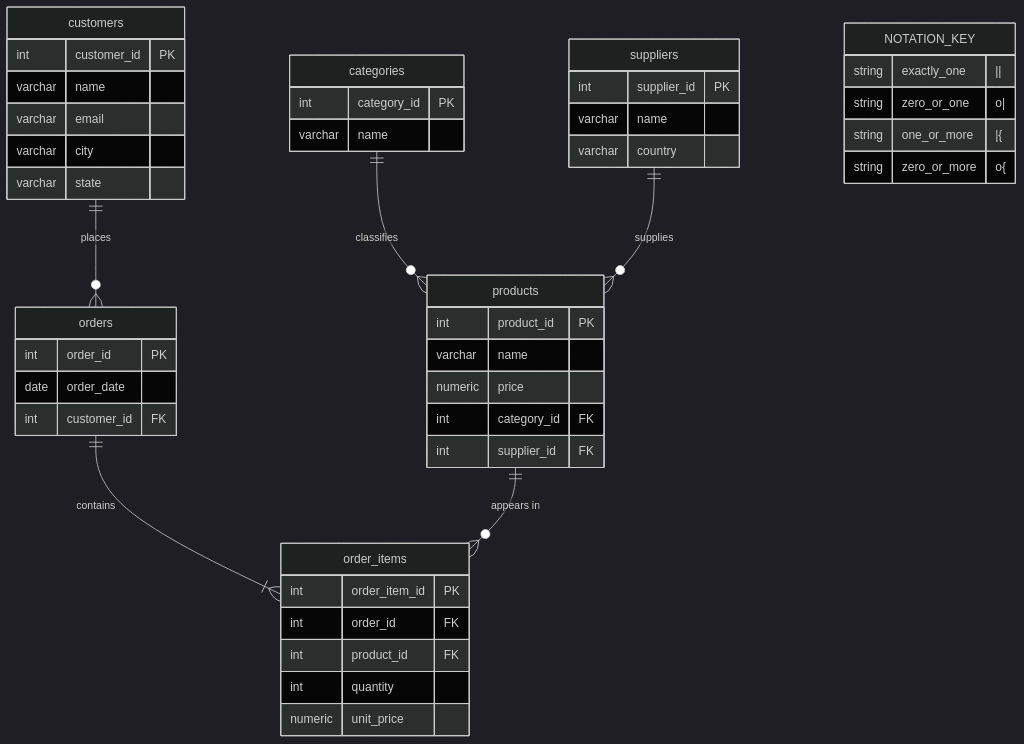
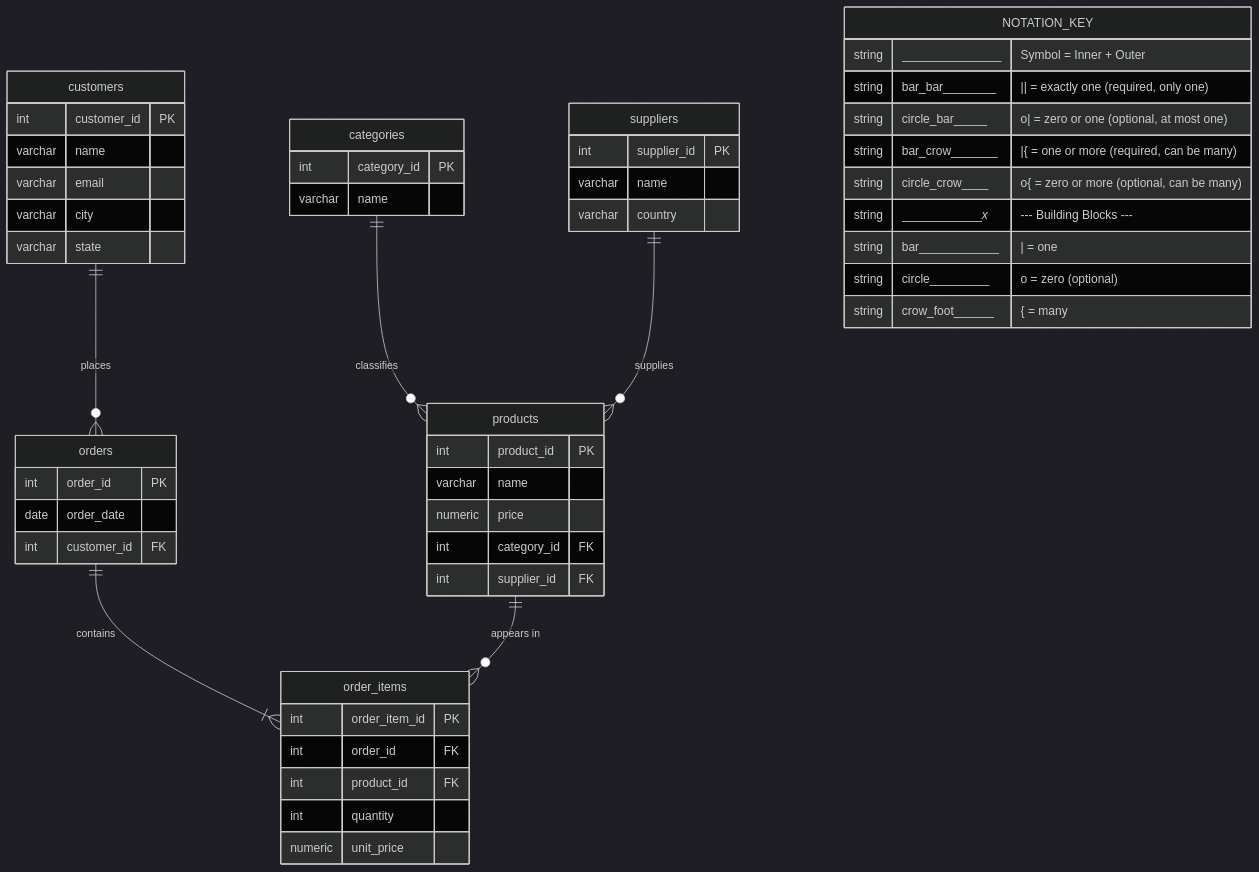
The diagram in data_503/midterm/erd.mmd (nepdave/mds), drawn with Mermaid (dark theme) before and after one commit. The commit also changed 1 other file, not shown here.

```diff
--- a/data_503/midterm/erd.mmd
+++ b/data_503/midterm/erd.mmd
@@ -1,54 +1,59 @@
 erDiagram
     customers {
         int customer_id PK
         varchar name
         varchar email
         varchar city
         varchar state
     }
 
     suppliers {
         int supplier_id PK
         varchar name
         varchar country
     }
 
     categories {
         int category_id PK
         varchar name
     }
 
     products {
         int product_id PK
         varchar name
         numeric price
         int category_id FK
         int supplier_id FK
     }
 
     orders {
         int order_id PK
         date order_date
         int customer_id FK
     }
 
     order_items {
         int order_item_id PK
         int order_id FK
         int product_id FK
         int quantity
         numeric unit_price
     }
 
     customers ||--o{ orders : "places"
     orders ||--|{ order_items : "contains"
     products ||--o{ order_items : "appears in"
     categories ||--o{ products : "classifies"
     suppliers ||--o{ products : "supplies"
 
     NOTATION_KEY {
-        string exactly_one "||"
-        string zero_or_one "o|"
-        string one_or_more "|{"
-        string zero_or_more "o{"
+        string _______________ "Symbol = Inner + Outer"
+        string bar_bar________ "|| = exactly one (required, only one)"
+        string circle_bar_____ "o| = zero or one (optional, at most one)"
+        string bar_crow_______ "|{ = one or more (required, can be many)"
+        string circle_crow____ "o{ = zero or more (optional, can be many)"
+        string _____________x_ "--- Building Blocks ---"
+        string bar____________ "| = one"
+        string circle_________ "o = zero (optional)"
+        string crow_foot______ "{ = many"
     }
```
